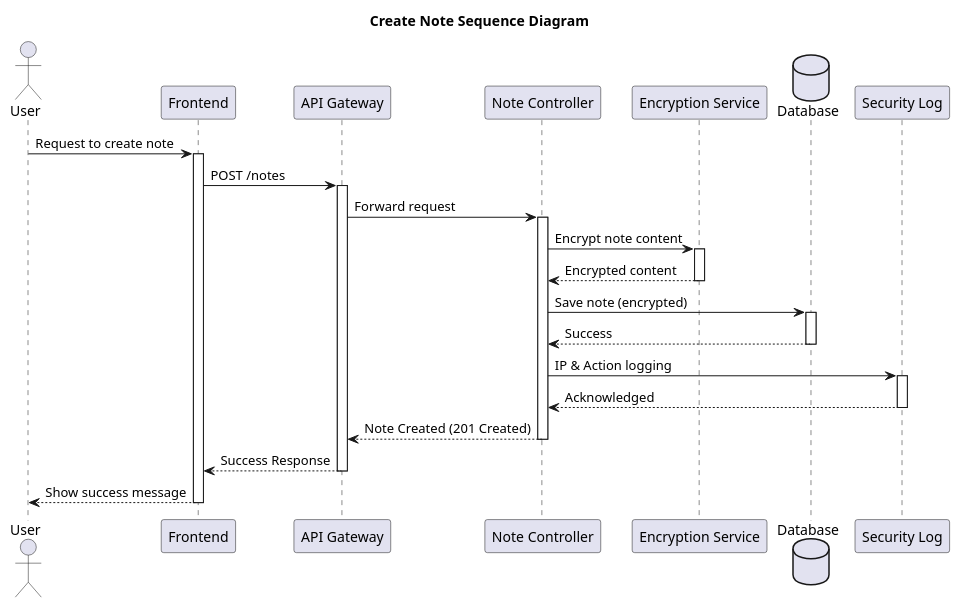
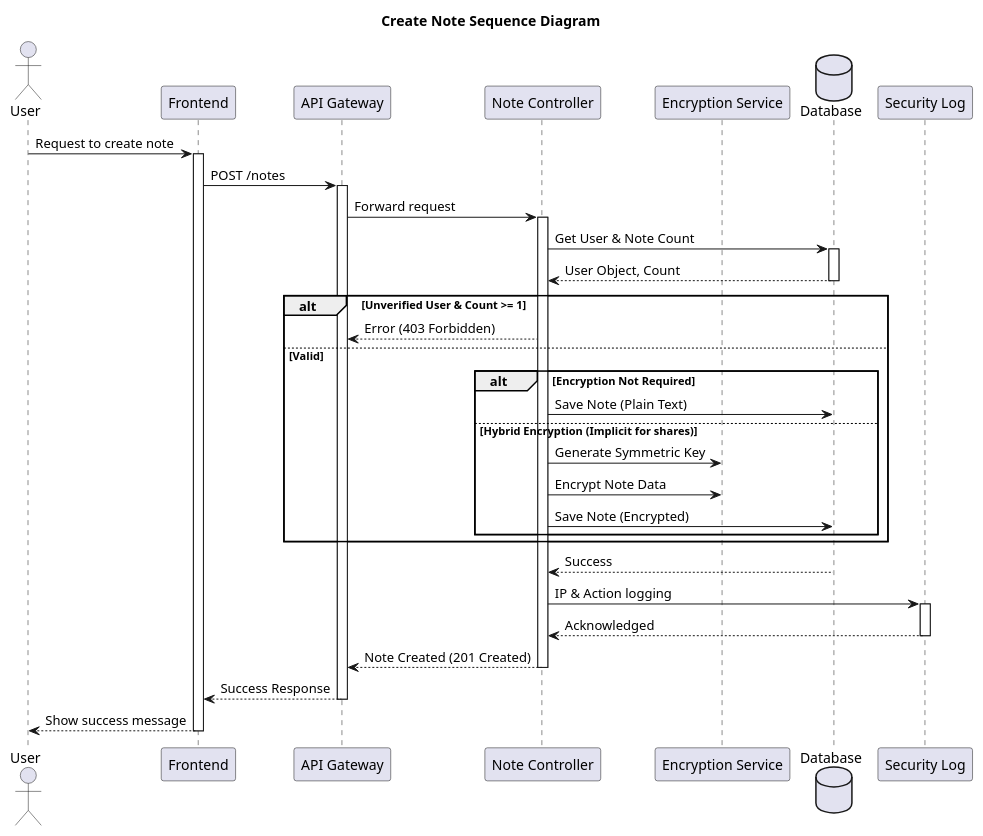
Before and after one commit to StealthMoud/secure-note: the diagram in docs/diagrams/SEQUENCE_CREATE_NOTE.puml, drawn with PlantUML. The commit also changed 94 other files, not shown here.

Commit message:
updated docs, diagrams and fixed some admin logic

```diff
--- a/docs/diagrams/SEQUENCE_CREATE_NOTE.puml
+++ b/docs/diagrams/SEQUENCE_CREATE_NOTE.puml
@@ -1,41 +1,50 @@
-@startuml
+@startuml Create_Note
 title Create Note Sequence Diagram
 
 actor User
 participant "Frontend" as FE
 participant "API Gateway" as API
 participant "Note Controller" as Ctrl
 participant "Encryption Service" as Enc
 database "Database" as DB
 participant "Security Log" as Log
 
 User -> FE: Request to create note
 activate FE
 FE -> API: POST /notes
 activate API
 API -> Ctrl: Forward request
 activate Ctrl
 
-Ctrl -> Enc: Encrypt note content
-activate Enc
-Enc --> Ctrl: Encrypted content
-deactivate Enc
+Ctrl -> DB: Get User & Note Count
+activate DB
+DB --> Ctrl: User Object, Count
+deactivate DB
 
-Ctrl -> DB: Save note (encrypted)
-activate DB
+alt Unverified User & Count >= 1
+    Ctrl --> API: Error (403 Forbidden)
+else Valid
+    alt Encryption Not Required
+        Ctrl -> DB: Save Note (Plain Text)
+    else Hybrid Encryption (Implicit for shares)
+        Ctrl -> Enc: Generate Symmetric Key
+        Ctrl -> Enc: Encrypt Note Data
+        Ctrl -> DB: Save Note (Encrypted)
+    end
+end
 DB --> Ctrl: Success
 deactivate DB
 
 Ctrl -> Log: IP & Action logging
 activate Log
 Log --> Ctrl: Acknowledged
 deactivate Log
 
 Ctrl --> API: Note Created (201 Created)
 deactivate Ctrl
 API --> FE: Success Response
 deactivate API
 FE --> User: Show success message
 deactivate FE
 
 @enduml
```
